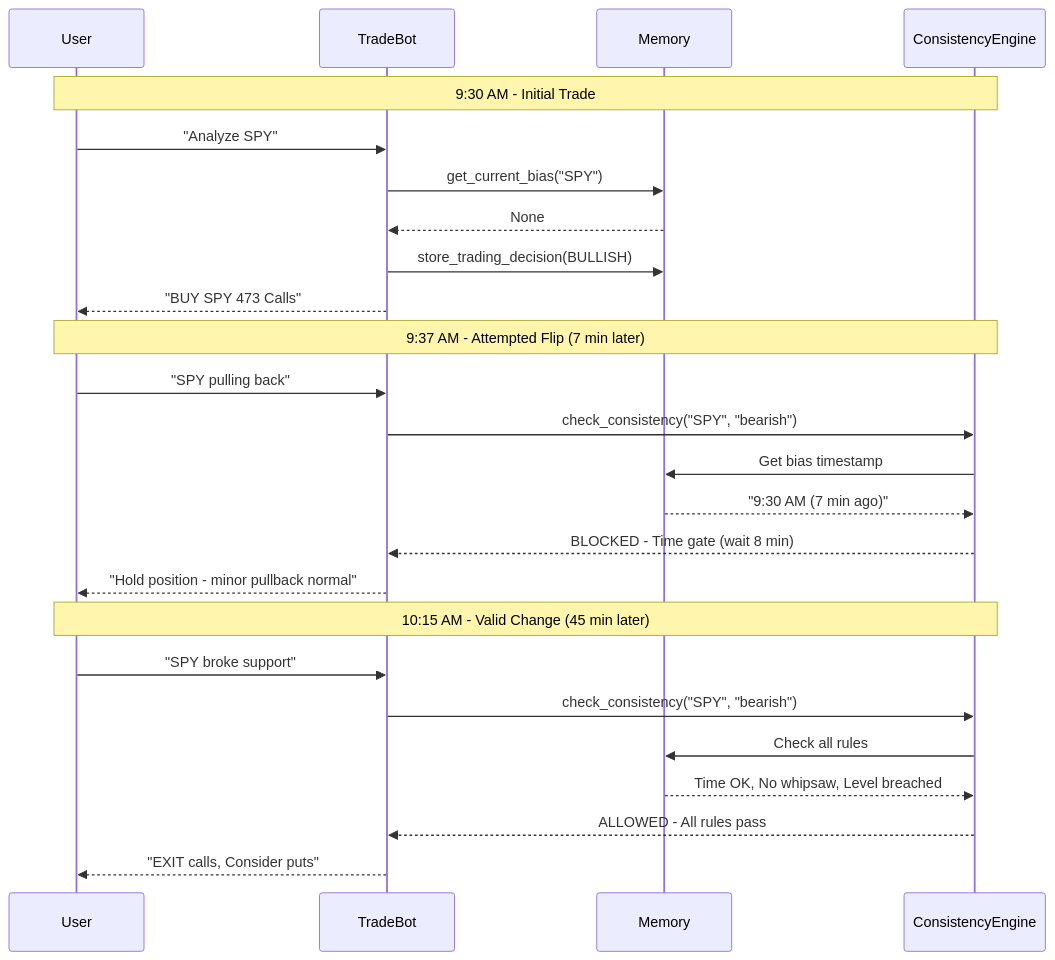
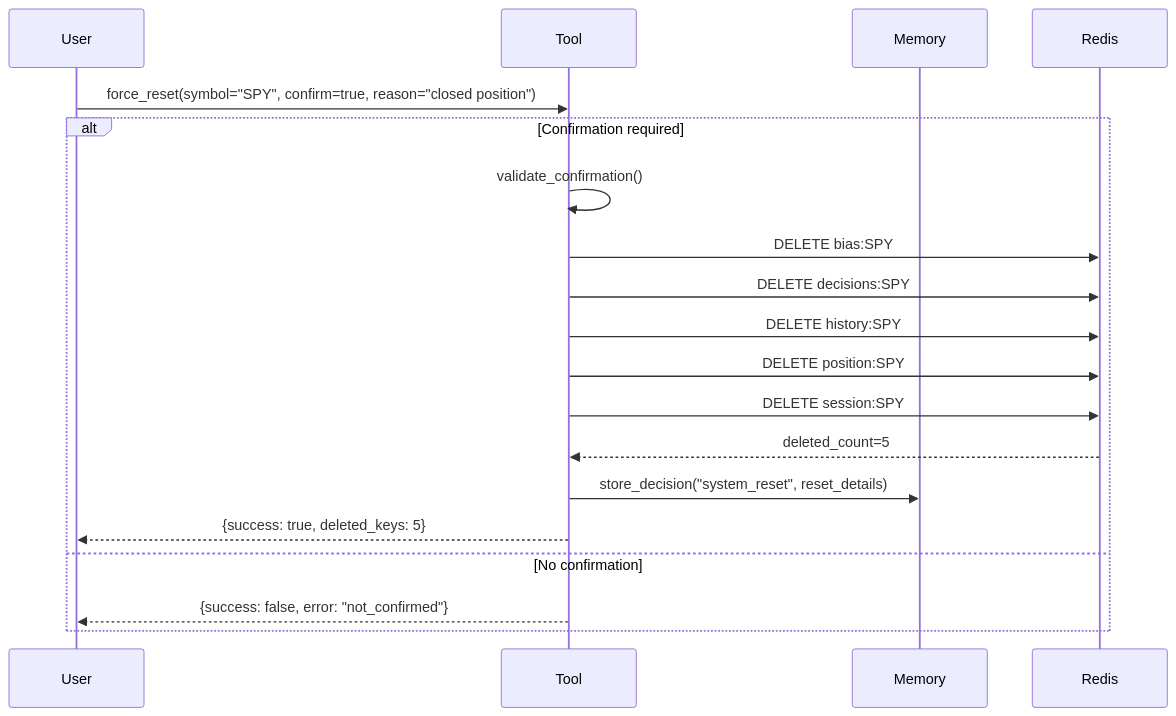
One commit to fintools-ai/mcp-trading-memory changed the fourth of 8 diagrams in TOOLS_WORKFLOW.md. Above: the diagram before and after it, drawn with Mermaid. The commit also changed other lines of this file and 23 other files, not shown here.

Commit message:
feat: adding buisness logic files for memory store

````diff
--- a/TOOLS_WORKFLOW.md
+++ b/TOOLS_WORKFLOW.md
@@ -515,33 +216,24 @@
 ```mermaid
 sequenceDiagram
     participant User
-    participant TradeBot
+    participant Tool
     participant Memory
-    participant ConsistencyEngine
+    participant Redis
+
+    User->>Tool: force_reset(symbol="SPY", confirm=true, reason="closed position")
     
-    Note over User,ConsistencyEngine: 9:30 AM - Initial Trade
-    
-    User->>TradeBot: "Analyze SPY"
-    TradeBot->>Memory: get_current_bias("SPY")
-    Memory-->>TradeBot: None
-    TradeBot->>Memory: store_trading_decision(BULLISH)
-    TradeBot-->>User: "BUY SPY 473 Calls"
-    
-    Note over User,ConsistencyEngine: 9:37 AM - Attempted Flip (7 min later)
-    
-    User->>TradeBot: "SPY pulling back"
-    TradeBot->>ConsistencyEngine: check_consistency("SPY", "bearish")
-    ConsistencyEngine->>Memory: Get bias timestamp
-    Memory-->>ConsistencyEngine: "9:30 AM (7 min ago)"
-    ConsistencyEngine-->>TradeBot: BLOCKED - Time gate (wait 8 min)
-    TradeBot-->>User: "Hold position - minor pullback normal"
-    
-    Note over User,ConsistencyEngine: 10:15 AM - Valid Change (45 min later)
-    
-    User->>TradeBot: "SPY broke support"
-    TradeBot->>ConsistencyEngine: check_consistency("SPY", "bearish")
-    ConsistencyEngine->>Memory: Check all rules
-    Memory-->>ConsistencyEngine: Time OK, No whipsaw, Level breached
-    ConsistencyEngine-->>TradeBot: ALLOWED - All rules pass
-    TradeBot-->>User: "EXIT calls, Consider puts"
+    alt Confirmation required
+        Tool->>Tool: validate_confirmation()
+        Tool->>Redis: DELETE bias:SPY
+        Tool->>Redis: DELETE decisions:SPY  
+        Tool->>Redis: DELETE history:SPY
+        Tool->>Redis: DELETE position:SPY
+        Tool->>Redis: DELETE session:SPY
+        Redis-->>Tool: deleted_count=5
+        
+        Tool->>Memory: store_decision("system_reset", reset_details)
+        Tool-->>User: {success: true, deleted_keys: 5}
+    else No confirmation
+        Tool-->>User: {success: false, error: "not_confirmed"}
+    end
 ```
````
